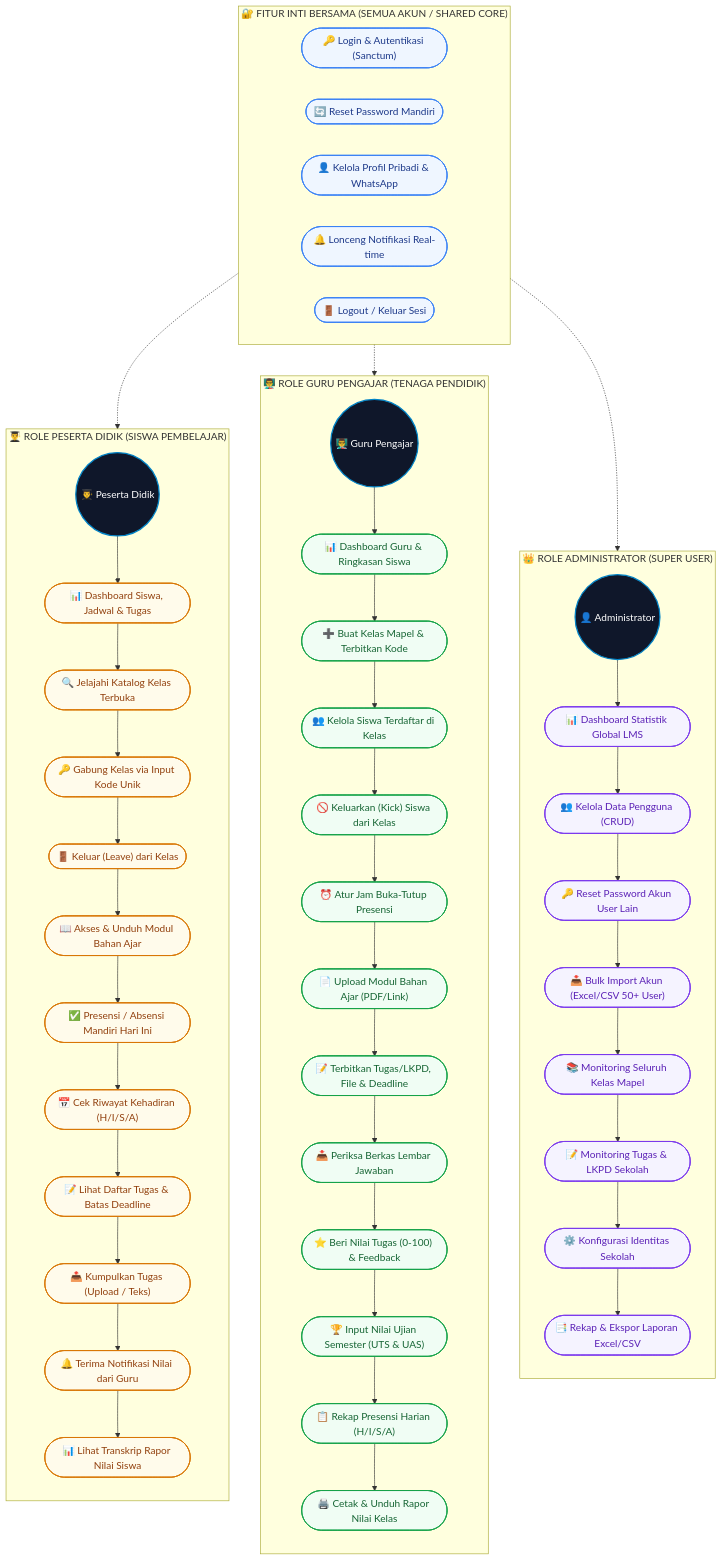
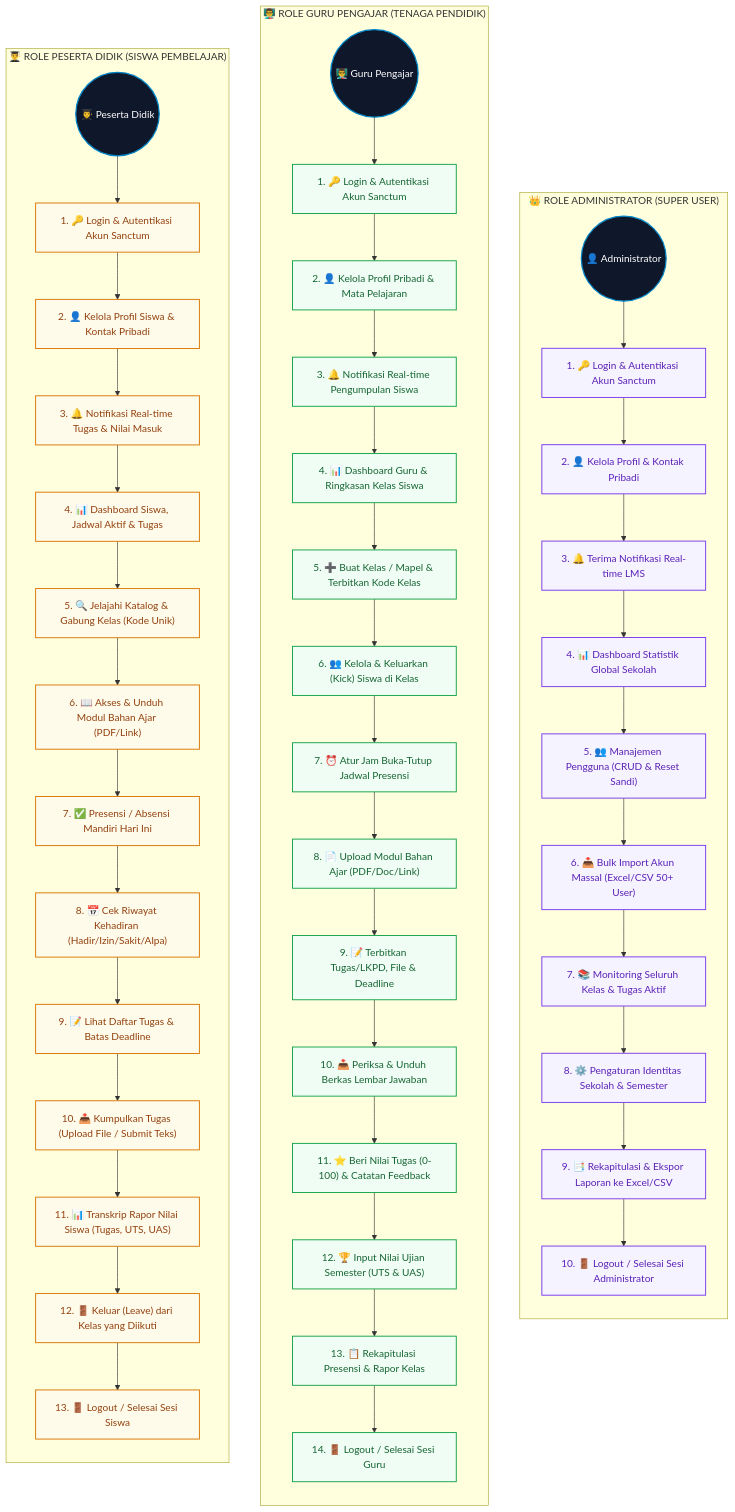
One commit to ferydwi-stack/Deploy_LMS changed the first of 3 diagrams in DIAGRAMS_DOKUMENTASI.md. Above: the diagram before and after it, drawn with Mermaid. The commit also changed 3 other files, not shown here.

Commit message:
docs: clean up Use Case diagram into 3 independent self-contained vertical role columns (Admin, Guru, Siswa) without separate shared card

````diff
--- a/DIAGRAMS_DOKUMENTASI.md
+++ b/DIAGRAMS_DOKUMENTASI.md
@@ -19,82 +19,73 @@
 ```mermaid
 flowchart TD
-    %% ================= 1. TOP SHARED CORE MODULE =================
-    subgraph CoreBox [" 🔐 FITUR INTI BERSAMA (SEMUA AKUN / SHARED CORE) "]
-        direction LR
-        UC_Login(["🔑 Login & Autentikasi (Sanctum)"])
-        UC_Forgot(["🔄 Reset Password Mandiri"])
-        UC_Profile(["👤 Kelola Profil Pribadi & WhatsApp"])
-        UC_Notif(["🔔 Lonceng Notifikasi Real-time"])
-        UC_Logout(["🚪 Logout / Keluar Sesi"])
-    end
-
-    %% ================= 2. THREE ROLE COLUMNS =================
-    CoreBox -.-> AdminActor
-    CoreBox -.-> GuruActor
-    CoreBox -.-> SiswaActor
-
-    %% ================= COLUMN 1: ADMIN =================
+    %% ================= 3 CLEAN VERTICAL ROLE COLUMNS =================
+    
+    %% ================= COLUMN 1: ADMINISTRATOR =================
     subgraph AdminCol [" 👑 ROLE ADMINISTRATOR (SUPER USER) "]
         direction TB
         AdminActor((👤 Administrator))
         
-        AdminActor --> UC_AdmDashboard(["📊 Dashboard Statistik Global LMS"])
-        UC_AdmDashboard --> UC_ListUsers(["👥 Kelola Data Pengguna (CRUD)"])
-        UC_ListUsers --> UC_ResetPassUser(["🔑 Reset Password Akun User Lain"])
-        UC_ResetPassUser --> UC_BulkImport(["📥 Bulk Import Akun (Excel/CSV 50+ User)"])
-        UC_BulkImport --> UC_MonitorCourse(["📚 Monitoring Seluruh Kelas Mapel"])
-        UC_MonitorCourse --> UC_MonitorAssign(["📝 Monitoring Tugas & LKPD Sekolah"])
-        UC_MonitorAssign --> UC_Settings(["⚙️ Konfigurasi Identitas Sekolah"])
-        UC_Settings --> UC_ExportReports(["📑 Rekap & Ekspor Laporan Excel/CSV"])
+        AdminActor --> Adm1["1. 🔑 Login & Autentikasi Akun Sanctum"]
+        Adm1 --> Adm2["2. 👤 Kelola Profil & Kontak Pribadi"]
+        Adm2 --> Adm3["3. 🔔 Terima Notifikasi Real-time LMS"]
+        Adm3 --> Adm4["4. 📊 Dashboard Statistik Global Sekolah"]
+        Adm4 --> Adm5["5. 👥 Manajemen Pengguna (CRUD & Reset Sandi)"]
+        Adm5 --> Adm6["6. 📥 Bulk Import Akun Massal (Excel/CSV 50+ User)"]
+        Adm6 --> Adm7["7. 📚 Monitoring Seluruh Kelas & Tugas Aktif"]
+        Adm7 --> Adm8["8. ⚙️ Pengaturan Identitas Sekolah & Semester"]
+        Adm8 --> Adm9["9. 📑 Rekapitulasi & Ekspor Laporan ke Excel/CSV"]
+        Adm9 --> Adm10["10. 🚪 Logout / Selesai Sesi Administrator"]
     end
 
-    %% ================= COLUMN 2: GURU =================
+    %% ================= COLUMN 2: GURU PENGAJAR =================
     subgraph GuruCol [" 👨‍🏫 ROLE GURU PENGAJAR (TENAGA PENDIDIK) "]
         direction TB
         GuruActor((👨‍🏫 Guru Pengajar))
         
-        GuruActor --> UC_GuruDashboard(["📊 Dashboard Guru & Ringkasan Siswa"])
-        UC_GuruDashboard --> UC_CreateCourse(["➕ Buat Kelas Mapel & Terbitkan Kode"])
-        UC_CreateCourse --> UC_ManageStudents(["👥 Kelola Siswa Terdaftar di Kelas"])
-        UC_ManageStudents --> UC_KickStudent(["🚫 Keluarkan (Kick) Siswa dari Kelas"])
-        UC_KickStudent --> UC_SetAttendanceSched(["⏰ Atur Jam Buka-Tutup Presensi"])
-        UC_SetAttendanceSched --> UC_UploadMaterial(["📄 Upload Modul Bahan Ajar (PDF/Link)"])
-        UC_UploadMaterial --> UC_CreateTask(["📝 Terbitkan Tugas/LKPD, File & Deadline"])
-        UC_CreateTask --> UC_ReviewSubmissions(["📥 Periksa Berkas Lembar Jawaban"])
-        UC_ReviewSubmissions --> UC_GradeTask(["⭐ Beri Nilai Tugas (0-100) & Feedback"])
-        UC_GradeTask --> UC_InputExams(["🏆 Input Nilai Ujian Semester (UTS & UAS)"])
-        UC_InputExams --> UC_ManageClassAttendance(["📋 Rekap Presensi Harian (H/I/S/A)"])
-        UC_ManageClassAttendance --> UC_ExportClassReport(["🖨️ Cetak & Unduh Rapor Nilai Kelas"])
+        GuruActor --> Guru1["1. 🔑 Login & Autentikasi Akun Sanctum"]
+        Guru1 --> Guru2["2. 👤 Kelola Profil Pribadi & Mata Pelajaran"]
+        Guru2 --> Guru3["3. 🔔 Notifikasi Real-time Pengumpulan Siswa"]
+        Guru3 --> Guru4["4. 📊 Dashboard Guru & Ringkasan Kelas Siswa"]
+        Guru4 --> Guru5["5. ➕ Buat Kelas / Mapel & Terbitkan Kode Kelas"]
+        Guru5 --> Guru6["6. 👥 Kelola & Keluarkan (Kick) Siswa di Kelas"]
+        Guru6 --> Guru7["7. ⏰ Atur Jam Buka-Tutup Jadwal Presensi"]
+        Guru7 --> Guru8["8. 📄 Upload Modul Bahan Ajar (PDF/Doc/Link)"]
+        Guru8 --> Guru9["9. 📝 Terbitkan Tugas/LKPD, File & Deadline"]
+        Guru9 --> Guru10["10. 📥 Periksa & Unduh Berkas Lembar Jawaban"]
+        Guru10 --> Guru11["11. ⭐ Beri Nilai Tugas (0-100) & Catatan Feedback"]
+        Guru11 --> Guru12["12. 🏆 Input Nilai Ujian Semester (UTS & UAS)"]
+        Guru12 --> Guru13["13. 📋 Rekapitulasi Presensi & Rapor Kelas"]
+        Guru13 --> Guru14["14. 🚪 Logout / Selesai Sesi Guru"]
     end
 
-    %% ================= COLUMN 3: SISWA =================
+    %% ================= COLUMN 3: PESERTA DIDIK =================
     subgraph SiswaCol [" 👨‍🎓 ROLE PESERTA DIDIK (SISWA PEMBELAJAR) "]
         direction TB
         SiswaActor((👨‍🎓 Peserta Didik))
         
-        SiswaActor --> UC_SiswaDashboard(["📊 Dashboard Siswa, Jadwal & Tugas"])
-        UC_SiswaDashboard --> UC_BrowseCourses(["🔍 Jelajahi Katalog Kelas Terbuka"])
-        UC_BrowseCourses --> UC_JoinCourseCode(["🔑 Gabung Kelas via Input Kode Unik"])
-        UC_JoinCourseCode --> UC_LeaveCourse(["🚪 Keluar (Leave) dari Kelas"])
-        UC_LeaveCourse --> UC_ReadMaterial(["📖 Akses & Unduh Modul Bahan Ajar"])
-        UC_ReadMaterial --> UC_SelfAttend(["✅ Presensi / Absensi Mandiri Hari Ini"])
-        UC_SelfAttend --> UC_ViewAttHistory(["📅 Cek Riwayat Kehadiran (H/I/S/A)"])
-        UC_ViewAttHistory --> UC_ViewTaskList(["📝 Lihat Daftar Tugas & Batas Deadline"])
-        UC_ViewTaskList --> UC_SubmitTask(["📤 Kumpulkan Tugas (Upload / Teks)"])
-        UC_SubmitTask --> UC_ReceiveGradeNotif(["🔔 Terima Notifikasi Nilai dari Guru"])
-        UC_ReceiveGradeNotif --> UC_ViewGrades(["📊 Lihat Transkrip Rapor Nilai Siswa"])
+        SiswaActor --> Siswa1["1. 🔑 Login & Autentikasi Akun Sanctum"]
+        Siswa1 --> Siswa2["2. 👤 Kelola Profil Siswa & Kontak Pribadi"]
+        Siswa2 --> Siswa3["3. 🔔 Notifikasi Real-time Tugas & Nilai Masuk"]
+        Siswa3 --> Siswa4["4. 📊 Dashboard Siswa, Jadwal Aktif & Tugas"]
+        Siswa4 --> Siswa5["5. 🔍 Jelajahi Katalog & Gabung Kelas (Kode Unik)"]
+        Siswa5 --> Siswa6["6. 📖 Akses & Unduh Modul Bahan Ajar (PDF/Link)"]
+        Siswa6 --> Siswa7["7. ✅ Presensi / Absensi Mandiri Hari Ini"]
+        Siswa7 --> Siswa8["8. 📅 Cek Riwayat Kehadiran (Hadir/Izin/Sakit/Alpa)"]
+        Siswa8 --> Siswa9["9. 📝 Lihat Daftar Tugas & Batas Deadline"]
+        Siswa9 --> Siswa10["10. 📤 Kumpulkan Tugas (Upload File / Submit Teks)"]
+        Siswa10 --> Siswa11["11. 📊 Transkrip Rapor Nilai Siswa (Tugas, UTS, UAS)"]
+        Siswa11 --> Siswa12["12. 🚪 Keluar (Leave) dari Kelas yang Diikuti"]
+        Siswa12 --> Siswa13["13. 🚪 Logout / Selesai Sesi Siswa"]
     end
 
-    %% ================= STYLING (IDENTICAL TO FLOWCHART) =================
+    %% ================= STYLING (MATCHING FLOWCHART) =================
     classDef actorStyle fill:#0F172A,stroke:#0284C7,stroke-width:2px,color:#FFFFFF;
-    classDef coreStyle fill:#EFF6FF,stroke:#3B82F6,stroke-width:1.5px,color:#1E3A8A;
     classDef adminStyle fill:#F5F3FF,stroke:#7C3AED,stroke-width:1.5px,color:#5B21B6;
     classDef guruStyle fill:#F0FDF4,stroke:#16A34A,stroke-width:1.5px,color:#166534;
     classDef siswaStyle fill:#FFFBEB,stroke:#D97706,stroke-width:1.5px,color:#92400E;
 
     class AdminActor,GuruActor,SiswaActor actorStyle;
-    class UC_Login,UC_Forgot,UC_Profile,UC_Notif,UC_Logout coreStyle;
-    class UC_AdmDashboard,UC_ListUsers,UC_ResetPassUser,UC_BulkImport,UC_MonitorCourse,UC_MonitorAssign,UC_Settings,UC_ExportReports adminStyle;
-    class UC_GuruDashboard,UC_CreateCourse,UC_ManageStudents,UC_KickStudent,UC_SetAttendanceSched,UC_UploadMaterial,UC_CreateTask,UC_ReviewSubmissions,UC_GradeTask,UC_InputExams,UC_ManageClassAttendance,UC_ExportClassReport guruStyle;
-    class UC_SiswaDashboard,UC_BrowseCourses,UC_JoinCourseCode,UC_LeaveCourse,UC_ReadMaterial,UC_SelfAttend,UC_ViewAttHistory,UC_ViewTaskList,UC_SubmitTask,UC_ReceiveGradeNotif,UC_ViewGrades siswaStyle;
+    class Adm1,Adm2,Adm3,Adm4,Adm5,Adm6,Adm7,Adm8,Adm9,Adm10 adminStyle;
+    class Guru1,Guru2,Guru3,Guru4,Guru5,Guru6,Guru7,Guru8,Guru9,Guru10,Guru11,Guru12,Guru13,Guru14 guruStyle;
+    class Siswa1,Siswa2,Siswa3,Siswa4,Siswa5,Siswa6,Siswa7,Siswa8,Siswa9,Siswa10,Siswa11,Siswa12,Siswa13 siswaStyle;
 ```
````
